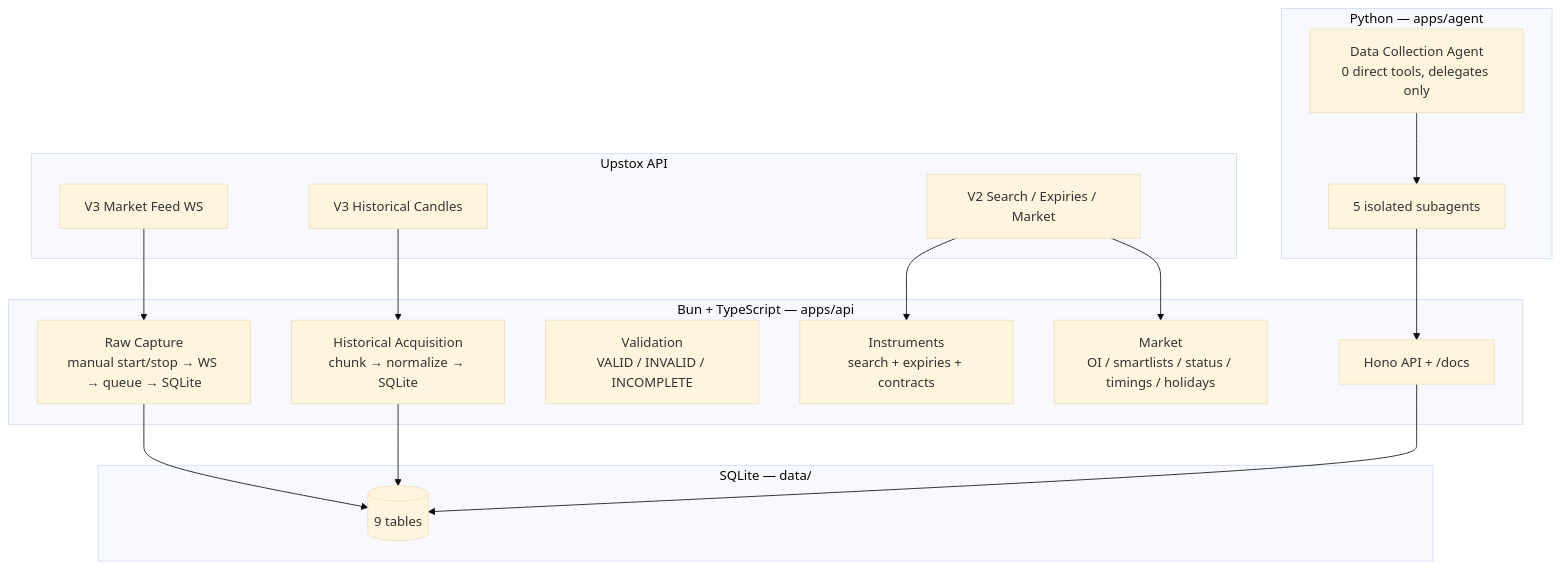
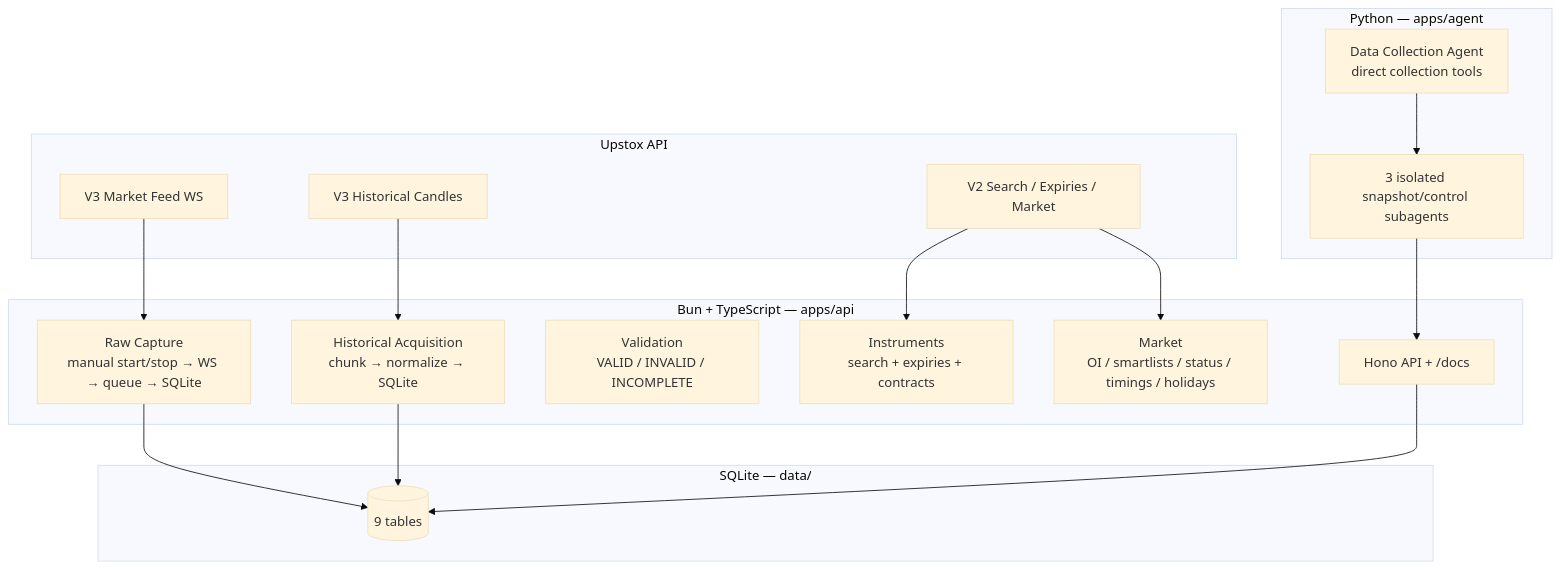
One commit to antony2013/tradx changed the first of 2 diagrams in docs/PROJECT-GRAPH.md. Above: the diagram before and after it, drawn with Mermaid (base theme). The commit also changed 3 other files, not shown here.

Commit message:
Wire validate_dataset + fetch_historical on main agent, fix graph/docs drift

````diff
--- a/docs/PROJECT-GRAPH.md
+++ b/docs/PROJECT-GRAPH.md
@@ -11,30 +11,30 @@
 ```mermaid
 flowchart TB
     subgraph Upstox[Upstox API]
         WS[V3 Market Feed WS]
         HIST[V3 Historical Candles]
         V2[V2 Search / Expiries / Market]
     end
     subgraph TS[Bun + TypeScript — apps/api]
         CAP[Raw Capture<br/>manual start/stop → WS → queue → SQLite]
         HACQ[Historical Acquisition<br/>chunk → normalize → SQLite]
         VAL[Validation<br/>VALID / INVALID / INCOMPLETE]
         INST[Instruments<br/>search + expiries + contracts]
         MKT[Market<br/>OI / smartlists / status / timings / holidays]
         HTTP[Hono API + /docs]
     end
     subgraph Store[SQLite — data/]
         T[(9 tables)]
     end
     subgraph AG[Python — apps/agent]
-        MAIN[Data Collection Agent<br/>0 direct tools, delegates only]
-        SUBS[5 isolated subagents]
+        MAIN[Data Collection Agent<br/>direct collection tools]
+        SUBS[3 isolated snapshot/control subagents]
     end
     WS --> CAP --> T
     HIST --> HACQ --> T
     V2 --> INST
     V2 --> MKT
     HTTP --> T
     MAIN --> SUBS
     SUBS --> HTTP
 ```
````
